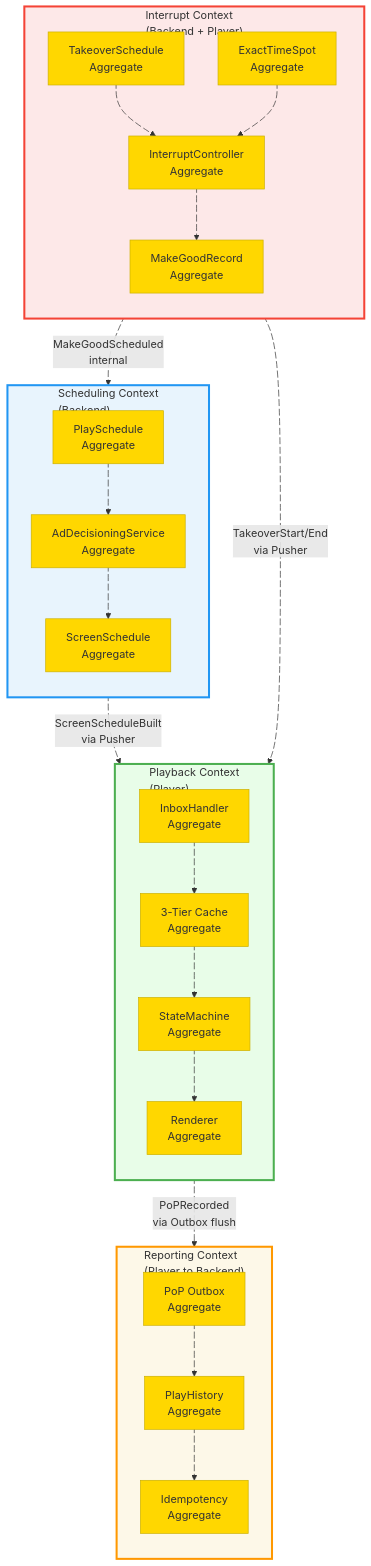
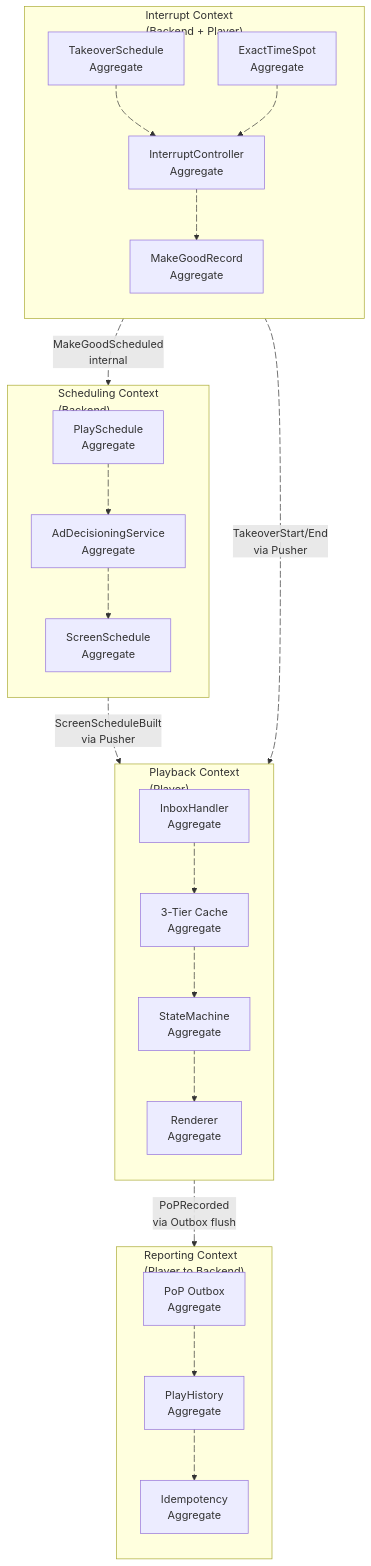
One commit to wasikarn/jira-generator changed the diagram in scripts/diagrams/11-1-context-map.mmd. Above: the diagram before and after it, drawn with Mermaid. The commit also changed 8 other files, not shown here.

First line of the commit message:
refactor: remove custom color styling from all Event Storming diagrams

```diff
--- a/scripts/diagrams/11-1-context-map.mmd
+++ b/scripts/diagrams/11-1-context-map.mmd
@@ -1,82 +1,62 @@
 flowchart TD
     subgraph SC["Scheduling Context<br/>(Backend)"]
         direction TB
         SC_PS["PlaySchedule<br/>Aggregate"]
         SC_ADE["AdDecisioningService<br/>Aggregate"]
         SC_SS["ScreenSchedule<br/>Aggregate"]
         SC_PS e5@--> SC_ADE
         SC_ADE e6@--> SC_SS
     end
 
     subgraph IC["Interrupt Context<br/>(Backend + Player)"]
         direction TB
         IC_TK["TakeoverSchedule<br/>Aggregate"]
         IC_ET["ExactTimeSpot<br/>Aggregate"]
         IC_CTRL["InterruptController<br/>Aggregate"]
         IC_MG["MakeGoodRecord<br/>Aggregate"]
         IC_TK e7@--> IC_CTRL
         IC_ET e8@--> IC_CTRL
         IC_CTRL e9@--> IC_MG
     end
 
     subgraph PC["Playback Context<br/>(Player)"]
         direction TB
         PC_INBOX["InboxHandler<br/>Aggregate"]
         PC_CACHE["3-Tier Cache<br/>Aggregate"]
         PC_SM["StateMachine<br/>Aggregate"]
         PC_RENDER["Renderer<br/>Aggregate"]
         PC_INBOX e10@--> PC_CACHE
         PC_CACHE e11@--> PC_SM
         PC_SM e12@--> PC_RENDER
     end
 
     subgraph RC["Reporting Context<br/>(Player to Backend)"]
         direction TB
         RC_OUTBOX["PoP Outbox<br/>Aggregate"]
         RC_HISTORY["PlayHistory<br/>Aggregate"]
         RC_IDEMP["Idempotency<br/>Aggregate"]
         RC_OUTBOX e13@--> RC_HISTORY
         RC_HISTORY e14@--> RC_IDEMP
     end
 
     SC e1@-->|"ScreenScheduleBuilt<br/>via Pusher"| PC
     IC e2@-->|"TakeoverStart/End<br/>via Pusher"| PC
     PC e3@-->|"PoPRecorded<br/>via Outbox flush"| RC
     IC e4@-->|"MakeGoodScheduled<br/>internal"| SC
 
     %% Aggregate styles - Yellow
-    style SC_PS fill:#FFD700,stroke:#CCB000,color:#333
-    style SC_ADE fill:#FFD700,stroke:#CCB000,color:#333
-    style SC_SS fill:#FFD700,stroke:#CCB000,color:#333
-    style IC_TK fill:#FFD700,stroke:#CCB000,color:#333
-    style IC_ET fill:#FFD700,stroke:#CCB000,color:#333
-    style IC_CTRL fill:#FFD700,stroke:#CCB000,color:#333
-    style IC_MG fill:#FFD700,stroke:#CCB000,color:#333
-    style PC_INBOX fill:#FFD700,stroke:#CCB000,color:#333
-    style PC_CACHE fill:#FFD700,stroke:#CCB000,color:#333
-    style PC_SM fill:#FFD700,stroke:#CCB000,color:#333
-    style PC_RENDER fill:#FFD700,stroke:#CCB000,color:#333
-    style RC_OUTBOX fill:#FFD700,stroke:#CCB000,color:#333
-    style RC_HISTORY fill:#FFD700,stroke:#CCB000,color:#333
-    style RC_IDEMP fill:#FFD700,stroke:#CCB000,color:#333
-
     %% Context styles
-    style SC fill:#e8f4fd,stroke:#2196F3,stroke-width:3px
-    style IC fill:#fde8e8,stroke:#f44336,stroke-width:3px
-    style PC fill:#e8fde8,stroke:#4CAF50,stroke-width:3px
     e1@{ animation: slow }
     e2@{ animation: fast }
     e3@{ animation: slow }
     e4@{ animation: slow }
     e5@{ animation: fast }
     e6@{ animation: fast }
     e7@{ animation: fast }
     e8@{ animation: fast }
     e9@{ animation: fast }
     e10@{ animation: fast }
     e11@{ animation: fast }
     e12@{ animation: fast }
     e13@{ animation: fast }
     e14@{ animation: fast }
-
-    style RC fill:#fdf8e8,stroke:#FF9800,stroke-width:3px
```
